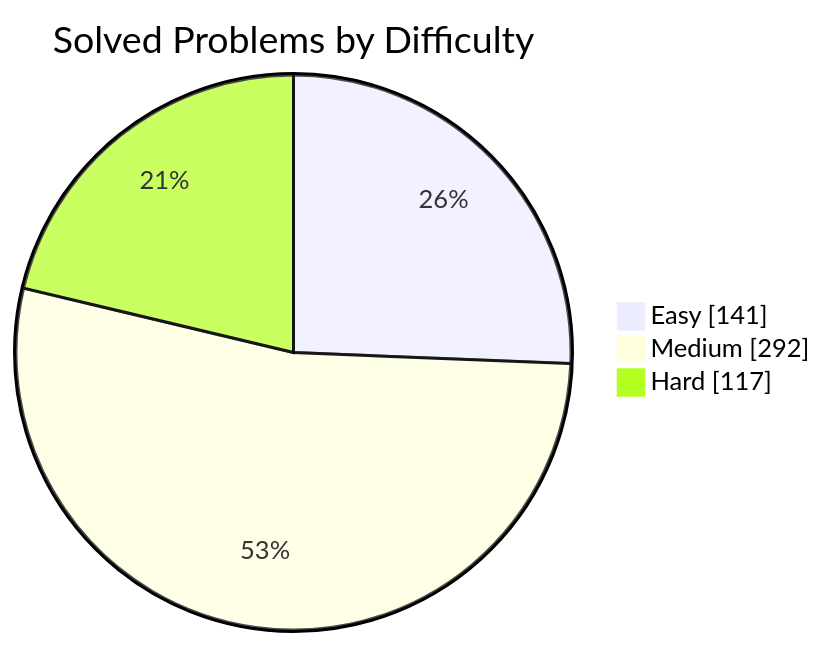
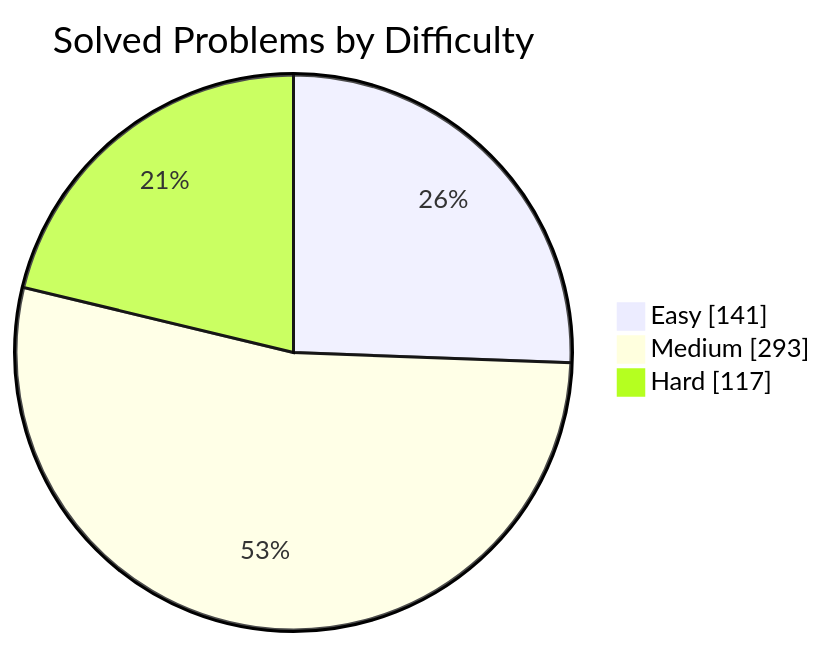
One commit to manikantbindass/DSA-Preparation-FAANG changed the first of 2 diagrams in README.md. Above: the diagram before and after it, drawn with Mermaid. The commit also changed other lines of this file and 1 other file, not shown here.

````diff
--- a/README.md
+++ b/README.md
@@ -79,7 +79,7 @@
 ```mermaid
 pie showData
     title Solved Problems by Difficulty
     "Easy" : 141
-    "Medium" : 292
+    "Medium" : 293
     "Hard" : 117
 ```
````
